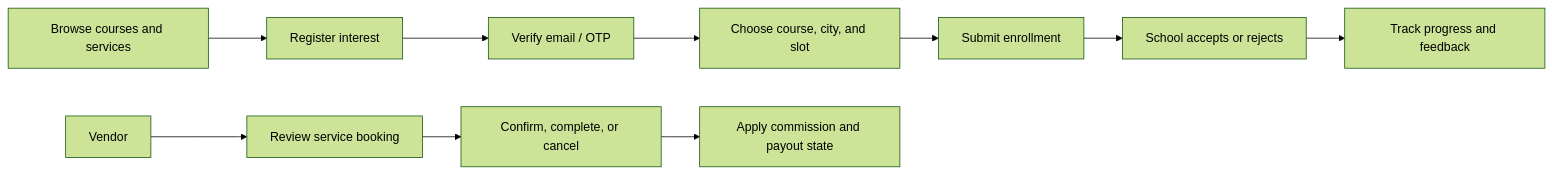
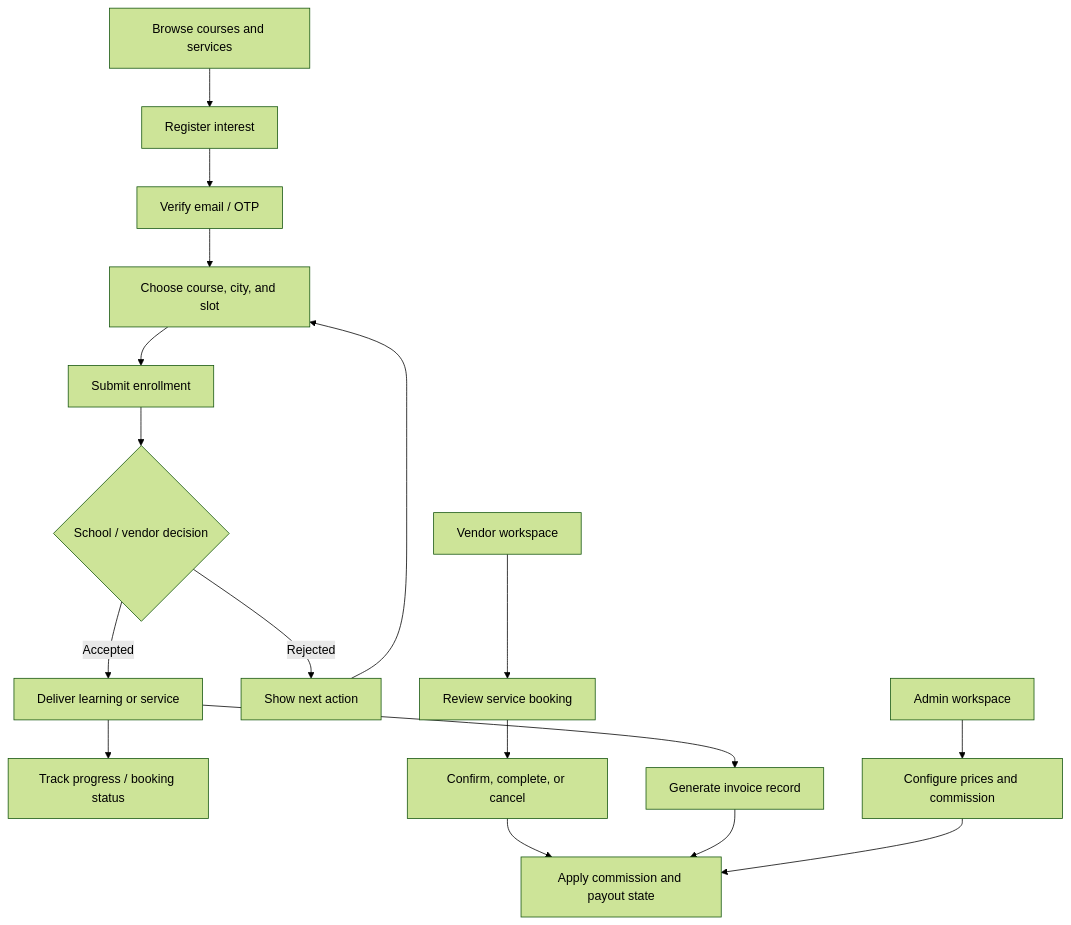
One commit to kajolmehra/driveflow changed the diagram in docs/USER-FLOWS.md. Above: the diagram before and after it, drawn with Mermaid (forest theme). The commit also changed 1 other file, not shown here.

````diff
--- a/docs/USER-FLOWS.md
+++ b/docs/USER-FLOWS.md
@@ -3,12 +3,19 @@
 ```mermaid
-flowchart LR
+flowchart TB
     Visitor[Browse courses and services] --> Lead[Register interest]
     Lead --> Verify[Verify email / OTP]
     Verify --> Select[Choose course, city, and slot]
     Select --> Enroll[Submit enrollment]
-    Enroll --> School[School accepts or rejects]
-    School --> Learner[Track progress and feedback]
-    Vendor[Vendor] --> Booking[Review service booking]
+    Enroll --> Decision{School / vendor decision}
+    Decision -->|Accepted| Fulfil[Deliver learning or service]
+    Decision -->|Rejected| Amend[Show next action]
+    Amend --> Select
+    Fulfil --> Progress[Track progress / booking status]
+    Fulfil --> Invoice[Generate invoice record]
+    Vendor[Vendor workspace] --> Booking[Review service booking]
     Booking --> Status[Confirm, complete, or cancel]
     Status --> Settlement[Apply commission and payout state]
+    Invoice --> Settlement
+    Admin[Admin workspace] --> Rules[Configure prices and commission]
+    Rules --> Settlement
 ```
````
